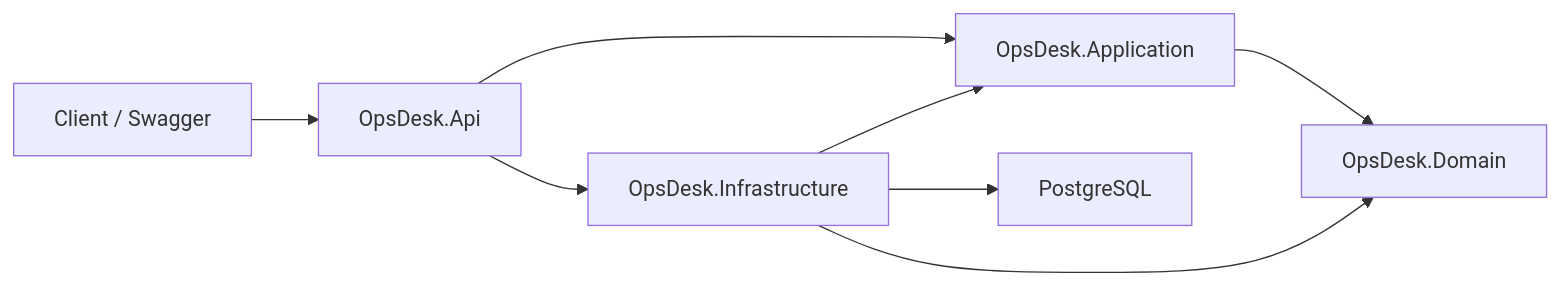
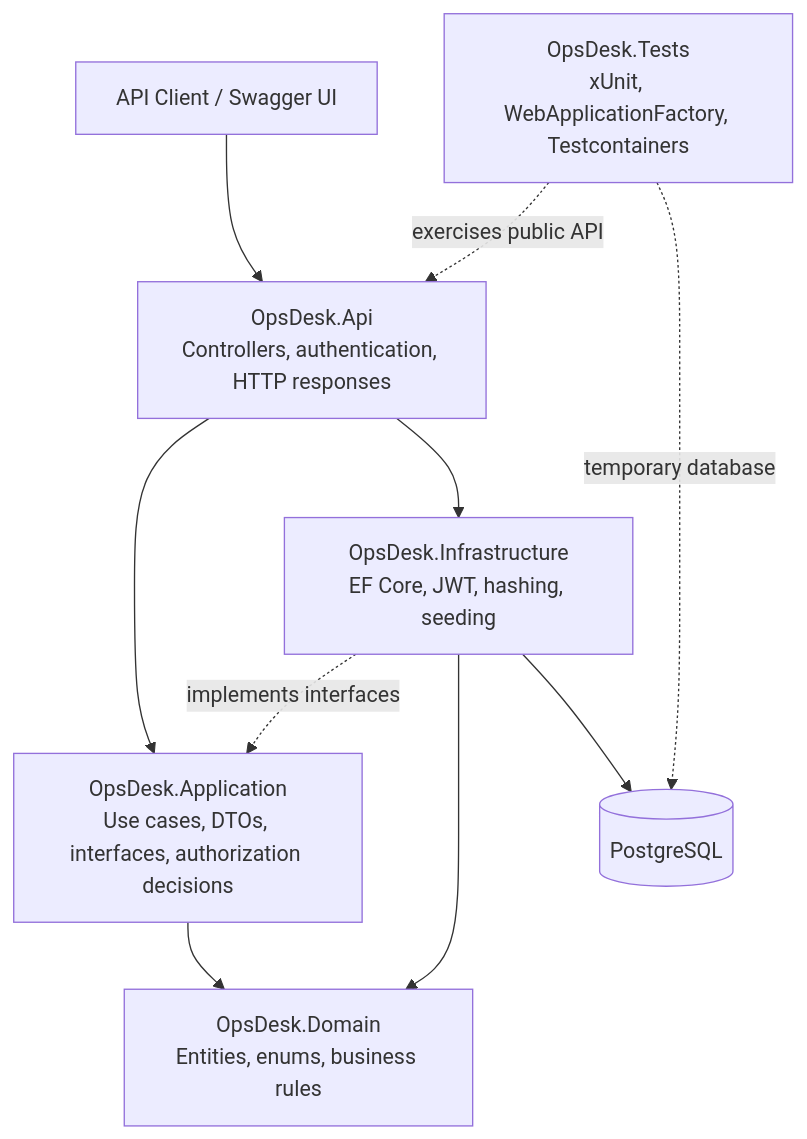
The diagram in README.md (hmzckd/opsdesk-api), drawn with Mermaid before and after one commit. The commit also changed other lines of this file and 6 other files, not shown here.

````diff
--- a/README.md
+++ b/README.md
@@ -47,10 +40,14 @@
 ```mermaid
-flowchart LR
-    Client["Client / Swagger"] --> Api["OpsDesk.Api"]
-    Api --> Application["OpsDesk.Application"]
-    Api --> Infrastructure["OpsDesk.Infrastructure"]
-    Infrastructure --> Application
-    Application --> Domain["OpsDesk.Domain"]
+flowchart TB
+    Client["API Client / Swagger UI"] --> Api["OpsDesk.Api<br/>Controllers, authentication, HTTP responses"]
+    Api --> Application["OpsDesk.Application<br/>Use cases, DTOs, interfaces, authorization decisions"]
+    Application --> Domain["OpsDesk.Domain<br/>Entities, enums, business rules"]
+
+    Api --> Infrastructure["OpsDesk.Infrastructure<br/>EF Core, JWT, hashing, seeding"]
+    Infrastructure -. "implements interfaces" .-> Application
     Infrastructure --> Domain
-    Infrastructure --> Database["PostgreSQL"]
+    Infrastructure --> Database[(PostgreSQL)]
+
+    Tests["OpsDesk.Tests<br/>xUnit, WebApplicationFactory, Testcontainers"] -. "exercises public API" .-> Api
+    Tests -. "temporary database" .-> Database
 ```
````
